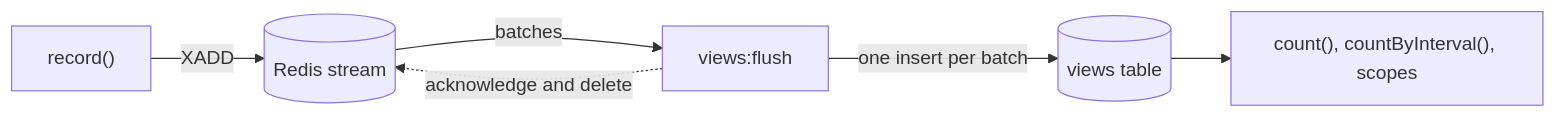
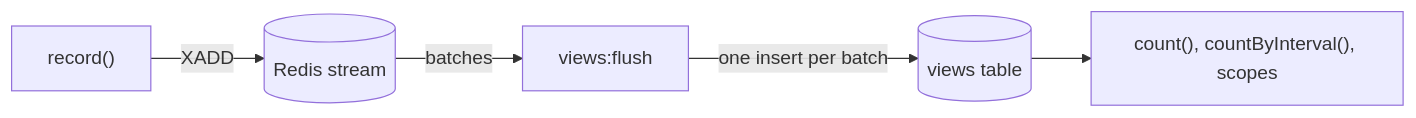
The diagram in README.md (cyrildewit/eloquent-viewable), drawn with Mermaid before and after one commit. The commit also changed other lines of this file and 1 other file, not shown here.

````diff
--- a/README.md
+++ b/README.md
@@ -1353,8 +730,7 @@
 ```mermaid
 flowchart LR
     record["record()"] -->|"XADD"| stream[("Redis stream")]
     stream -->|"batches"| flusher["views:flush"]
     flusher -->|"one insert per batch"| table[("views table")]
-    flusher -.->|"acknowledge and delete"| stream
     table --> reads["count(), countByInterval(), scopes"]
 ```
````
